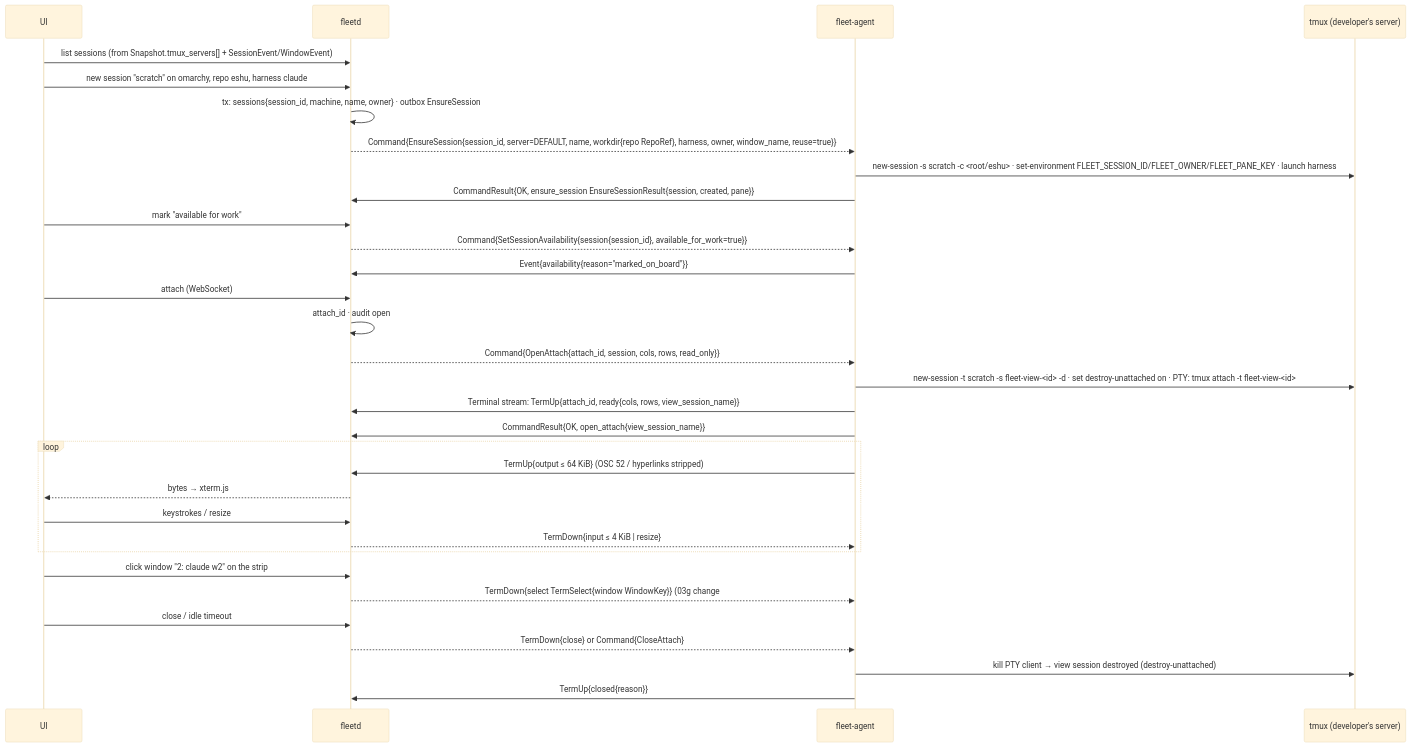
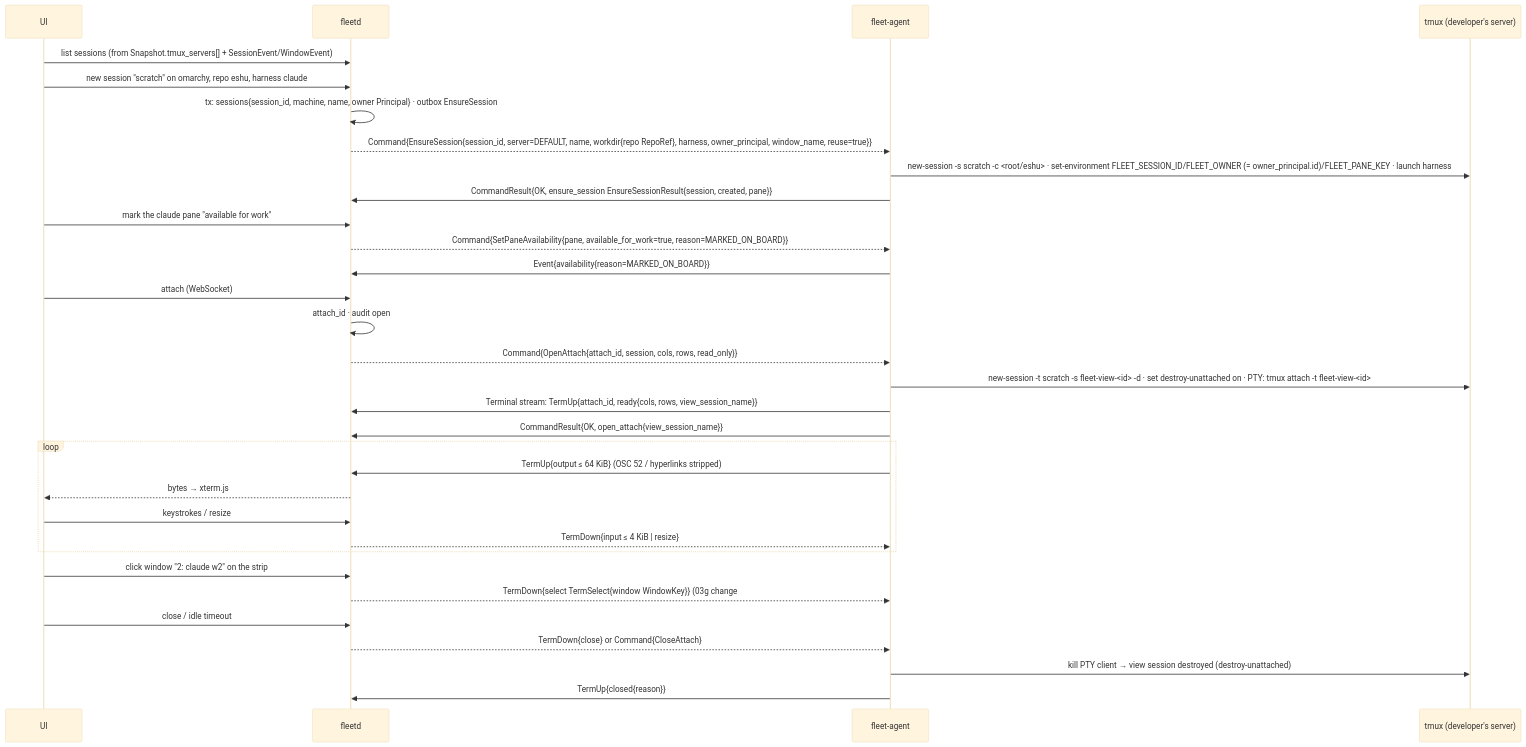
The third of 5 diagrams in docs/specs/03d-triage-sessions-logs.md (linuxdynasty/fleet-board), drawn with Mermaid (base theme) before and after one commit. The commit also changed other lines of this file and 100 other files, not shown here.

First line of the commit message:
feat(api): contract review fixes, ADR 0019 and flow diagrams (#22)

````diff
--- a/docs/specs/03d-triage-sessions-logs.md
+++ b/docs/specs/03d-triage-sessions-logs.md
@@ -138,34 +152,34 @@
 ```mermaid
 sequenceDiagram
   participant U as UI
   participant H as fleetd
   participant A as fleet-agent
   participant T as tmux (developer's server)
   U->>H: list sessions (from Snapshot.tmux_servers[] + SessionEvent/WindowEvent)
   U->>H: new session "scratch" on omarchy, repo eshu, harness claude
-  H->>H: tx: sessions{session_id, machine, name, owner} · outbox EnsureSession
-  H-->>A: Command{EnsureSession{session_id, server=DEFAULT, name, workdir{repo RepoRef}, harness, owner, window_name, reuse=true}}
-  A->>T: new-session -s scratch -c <root/eshu> · set-environment FLEET_SESSION_ID/FLEET_OWNER/FLEET_PANE_KEY · launch harness
+  H->>H: tx: sessions{session_id, machine, name, owner Principal} · outbox EnsureSession
+  H-->>A: Command{EnsureSession{session_id, server=DEFAULT, name, workdir{repo RepoRef}, harness, owner_principal, window_name, reuse=true}}
+  A->>T: new-session -s scratch -c <root/eshu> · set-environment FLEET_SESSION_ID/FLEET_OWNER (= owner_principal.id)/FLEET_PANE_KEY · launch harness
   A->>H: CommandResult{OK, ensure_session EnsureSessionResult{session, created, pane}}
-  U->>H: mark "available for work"
-  H-->>A: Command{SetSessionAvailability{session{session_id}, available_for_work=true}}
-  A->>H: Event{availability{reason="marked_on_board"}}
+  U->>H: mark the claude pane "available for work"
+  H-->>A: Command{SetPaneAvailability{pane, available_for_work=true, reason=MARKED_ON_BOARD}}
+  A->>H: Event{availability{reason=MARKED_ON_BOARD}}
   U->>H: attach (WebSocket)
   H->>H: attach_id · audit open
   H-->>A: Command{OpenAttach{attach_id, session, cols, rows, read_only}}
   A->>T: new-session -t scratch -s fleet-view-<id> -d · set destroy-unattached on · PTY: tmux attach -t fleet-view-<id>
   A->>H: Terminal stream: TermUp{attach_id, ready{cols, rows, view_session_name}}
   A->>H: CommandResult{OK, open_attach{view_session_name}}
   loop
     A->>H: TermUp{output ≤ 64 KiB} (OSC 52 / hyperlinks stripped)
     H-->>U: bytes → xterm.js
     U->>H: keystrokes / resize
     H-->>A: TermDown{input ≤ 4 KiB | resize}
   end
   U->>H: click window "2: claude w2" on the strip
   H-->>A: TermDown{select TermSelect{window WindowKey}} (03g change #2, applied)
   U->>H: close / idle timeout
   H-->>A: TermDown{close} or Command{CloseAttach}
   A->>T: kill PTY client → view session destroyed (destroy-unattached)
   A->>H: TermUp{closed{reason}}
 ```
````
